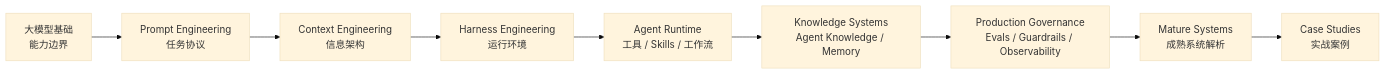
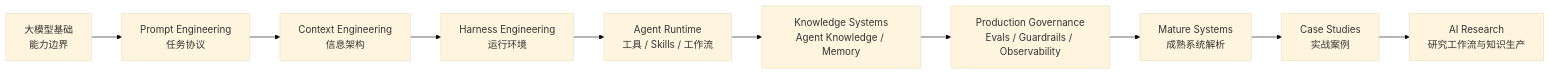
The diagram in books/ai-book/src/README.md (wxquare/wxquare.github.io), drawn with Mermaid (base theme) before and after one commit. The commit also changed other lines of this file and 41 other files, not shown here.

````diff
--- a/books/ai-book/src/README.md
+++ b/books/ai-book/src/README.md
@@ -11,11 +11,12 @@
 ```mermaid
 flowchart LR
     A["大模型基础<br/>能力边界"] --> B["Prompt Engineering<br/>任务协议"]
     B --> C["Context Engineering<br/>信息架构"]
     C --> D["Harness Engineering<br/>运行环境"]
     D --> E["Agent Runtime<br/>工具 / Skills / 工作流"]
     E --> F["Knowledge Systems<br/>Agent Knowledge / Memory"]
     F --> G["Production Governance<br/>Evals / Guardrails / Observability"]
     G --> H["Mature Systems<br/>成熟系统解析"]
     H --> I["Case Studies<br/>实战案例"]
+    I --> J["AI Research<br/>研究工作流与知识生产"]
 ```
````
